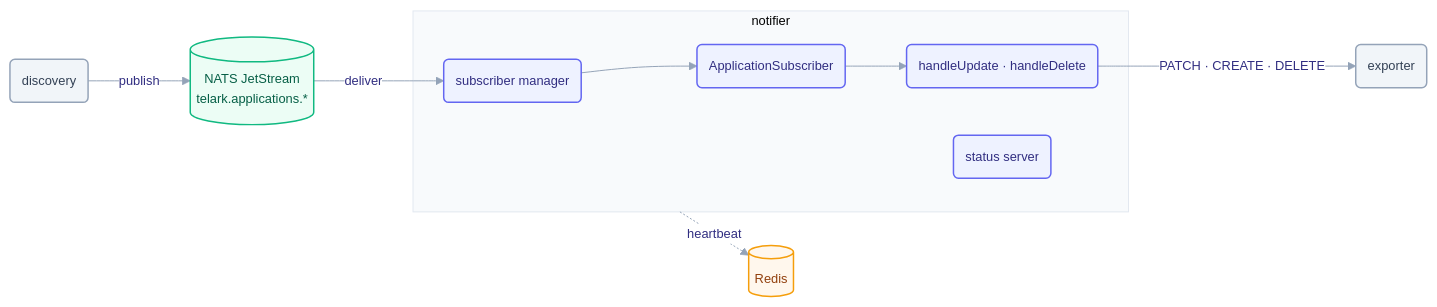
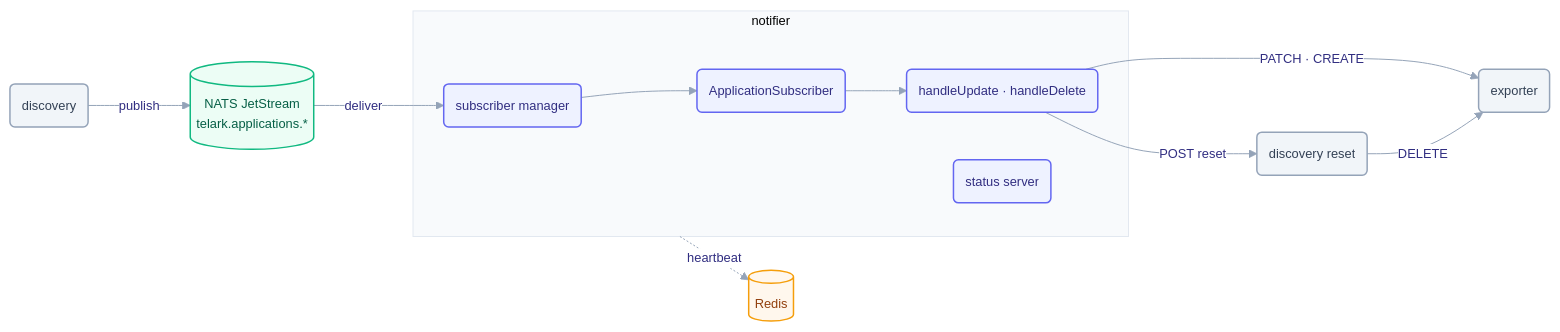
The diagram in services/notifier/README.md (telark/telark), drawn with Mermaid before and after one commit. The commit also changed other lines of this file and 777 other files, not shown here.

````diff
--- a/services/notifier/README.md
+++ b/services/notifier/README.md
@@ -11,29 +13,32 @@
 ```mermaid
 %%{init: {"theme":"base","themeVariables":{"fontFamily":"ui-sans-serif, system-ui, -apple-system, Segoe UI, Roboto, sans-serif","fontSize":"13px","lineColor":"#94a3b8","primaryColor":"#eef2ff","primaryBorderColor":"#6366f1","primaryTextColor":"#312e81","edgeLabelBackground":"#ffffff","clusterBkg":"#f8fafc","clusterBorder":"#e2e8f0"},"flowchart":{"curve":"basis","htmlLabels":true,"nodeSpacing":48,"rankSpacing":62,"padding":12}}}%%
 flowchart LR
   DISC(discovery)
   NATS[("NATS JetStream<br/>telark.applications.*")]
 
   subgraph notifier["notifier"]
     MGR(subscriber manager) --> SUB(ApplicationSubscriber)
     SUB --> ACT("handleUpdate · handleDelete")
     ST(status server)
   end
 
   EXP(exporter)
+  RESET(discovery reset)
   REDIS[("Redis")]
 
   DISC -->|publish| NATS
   NATS -->|deliver| MGR
-  ACT -->|PATCH · CREATE · DELETE| EXP
+  ACT -->|PATCH · CREATE| EXP
+  ACT -->|POST reset| RESET
+  RESET -->|DELETE| EXP
   notifier -.heartbeat.-> REDIS
 
   classDef svc fill:#eef2ff,stroke:#6366f1,stroke-width:1.5px,color:#312e81;
   classDef infra fill:#ecfdf5,stroke:#10b981,stroke-width:1.5px,color:#065f46;
   classDef peer fill:#f1f5f9,stroke:#94a3b8,stroke-width:1.5px,color:#334155;
   classDef store fill:#fff7ed,stroke:#f59e0b,stroke-width:1.5px,color:#92400e;
   class MGR,SUB,ACT,ST svc;
   class NATS infra;
-  class DISC,EXP peer;
+  class DISC,EXP,RESET peer;
   class REDIS store;
 ```
````
